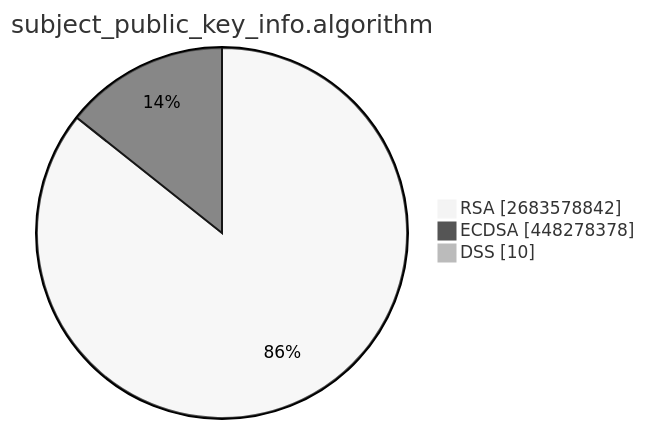
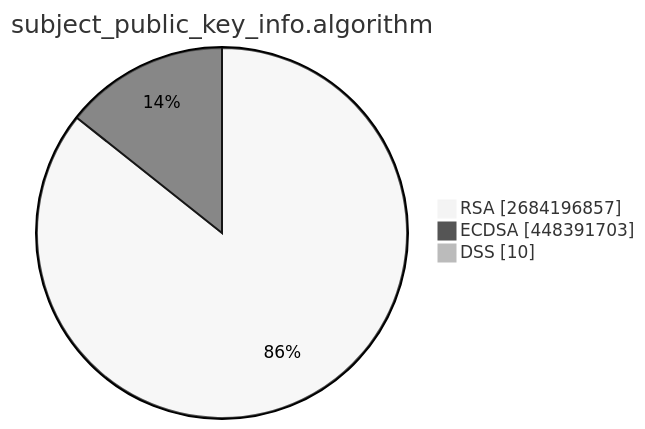
One commit to christiankrug/ctmonitor_visualization changed the second of 15 diagrams in TOTAL/README.md. Above: the diagram before and after it, drawn with Mermaid (neutral theme). The commit also changed other lines of this file, not shown here.

````diff
--- a/TOTAL/README.md
+++ b/TOTAL/README.md
@@ -6,7 +6,7 @@
 ```mermaid
 pie showData
 title subject_public_key_info.algorithm
-"RSA" :2683578842
-"ECDSA" :448278378
+"RSA" :2684196857
+"ECDSA" :448391703
 "DSS" :10
 ```
````
